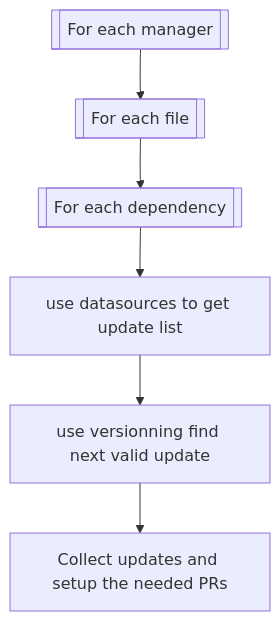
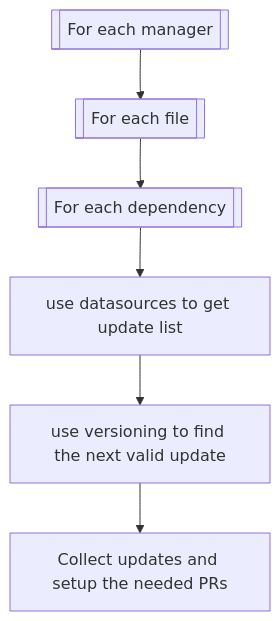
The diagram in docs/usage/key-concepts/how-it-works.md (renovatebot/renovate), drawn with Mermaid before and after one commit. The commit also changed other lines of this file, not shown here.

````diff
--- a/docs/usage/key-concepts/how-it-works.md
+++ b/docs/usage/key-concepts/how-it-works.md
@@ -31,9 +28,9 @@
 ```mermaid
 flowchart TD
   FEM[[For each manager]]
   FEM --> FEF[[For each file]]
   FEF --> FED[[For each dependency]]
   FED --> DS[use datasources to get update list]
-  DS --> VR[use versionning find next valid update]
+  DS --> VR[use versioning to find the next valid update]
   VR --> PR[Collect updates and setup the needed PRs]
 ```
````
